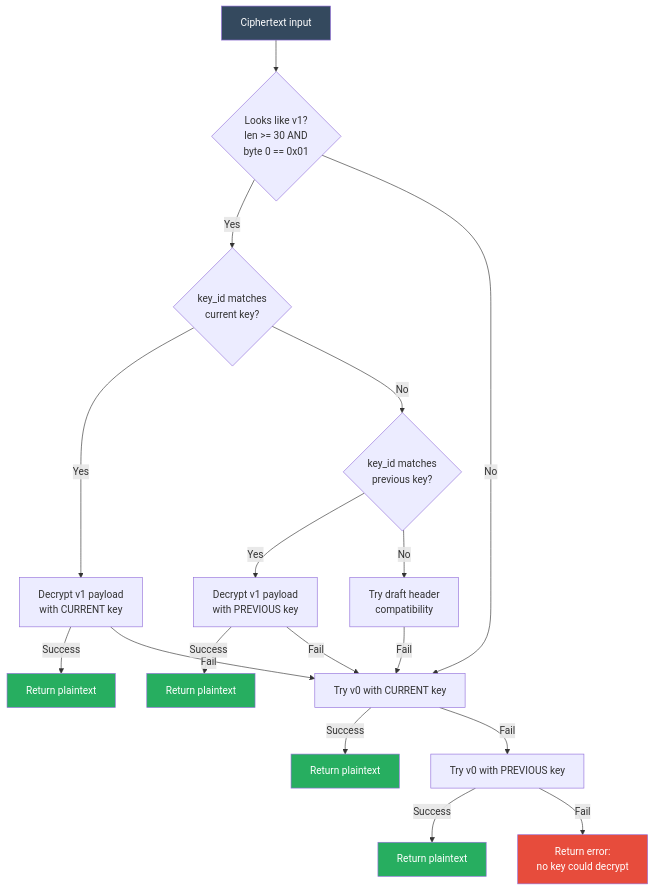
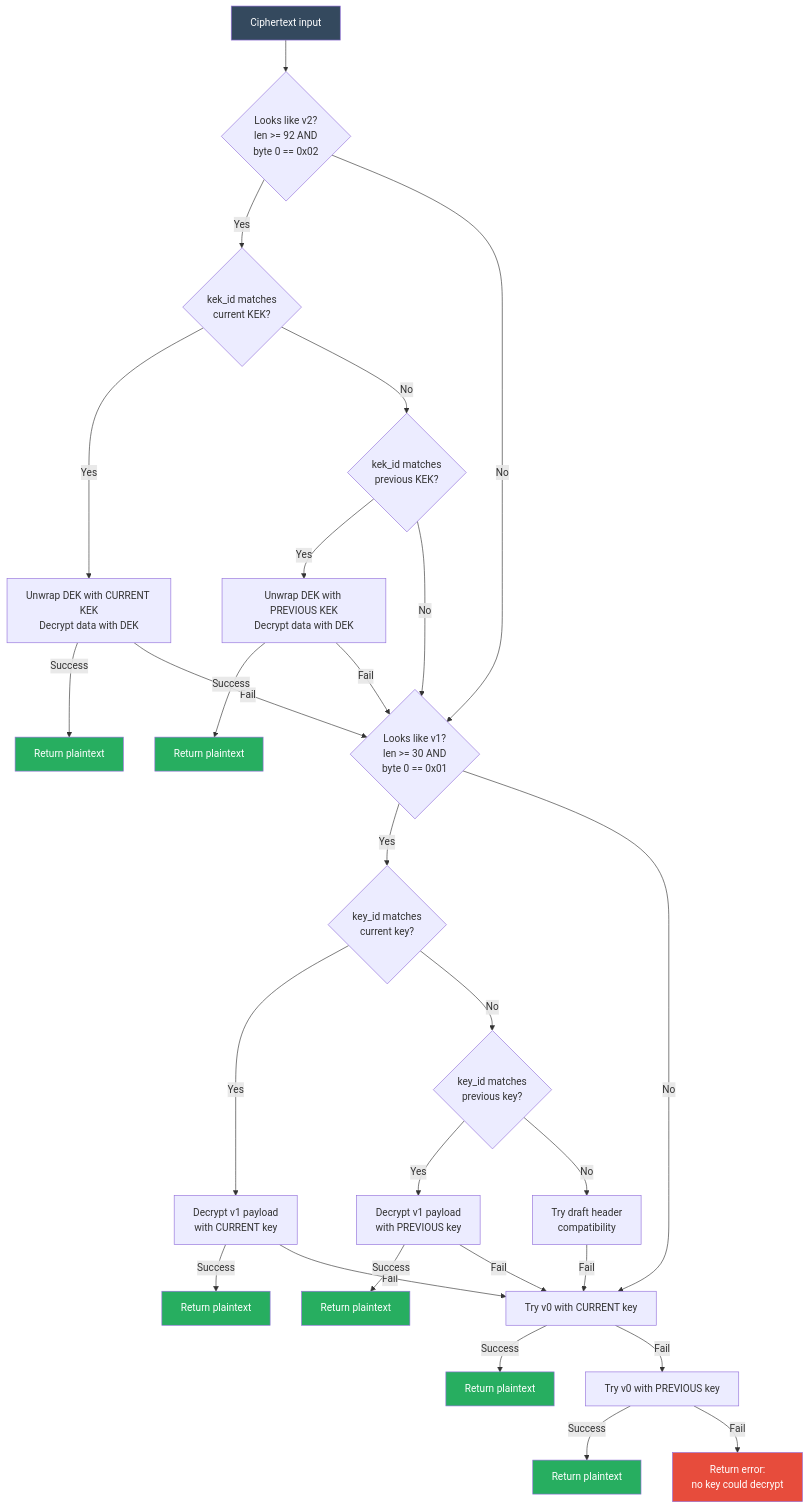
One commit to ChronoAIProject/NyxID changed the second of 29 diagrams in docs/ENCRYPTION_ARCHITECTURE.md. Above: the diagram before and after it, drawn with Mermaid. The commit also changed other lines of this file and 8 other files, not shown here.

````diff
--- a/docs/ENCRYPTION_ARCHITECTURE.md
+++ b/docs/ENCRYPTION_ARCHITECTURE.md
@@ -57,34 +76,51 @@
 ```mermaid
 flowchart TD
-    A[Ciphertext input] --> B{Looks like v1?<br/>len >= 30 AND<br/>byte 0 == 0x01}
+    A[Ciphertext input] --> V2{Looks like v2?<br/>len >= 92 AND<br/>byte 0 == 0x02}
 
-    B -->|Yes| C{key_id matches<br/>current key?}
+    V2 -->|Yes| V2K{kek_id matches<br/>current KEK?}
+    V2 -->|No| B
+
+    V2K -->|Yes| V2D[Unwrap DEK with CURRENT KEK<br/>Decrypt data with DEK]
+    V2K -->|No| V2P{kek_id matches<br/>previous KEK?}
+
+    V2D -->|Success| R0[Return plaintext]
+    V2D -->|Fail| B
+
+    V2P -->|Yes| V2PD[Unwrap DEK with PREVIOUS KEK<br/>Decrypt data with DEK]
+    V2P -->|No| B
+
+    V2PD -->|Success| R0B[Return plaintext]
+    V2PD -->|Fail| B
+
+    B{Looks like v1?<br/>len >= 30 AND<br/>byte 0 == 0x01} -->|Yes| C{key_id matches<br/>current key?}
     B -->|No| G
 
     C -->|Yes| D[Decrypt v1 payload<br/>with CURRENT key]
     C -->|No| E{key_id matches<br/>previous key?}
 
     D -->|Success| R1[Return plaintext]
     D -->|Fail| G
 
     E -->|Yes| F[Decrypt v1 payload<br/>with PREVIOUS key]
     E -->|No| DC[Try draft header<br/>compatibility]
 
     F -->|Success| R2[Return plaintext]
     F -->|Fail| G
 
     DC -->|Fail| G
 
     G[Try v0 with CURRENT key] -->|Success| R3[Return plaintext]
     G -->|Fail| H
 
     H[Try v0 with PREVIOUS key] -->|Success| R4[Return plaintext]
     H -->|Fail| ERR[Return error:<br/>no key could decrypt]
 
     style A fill:#34495e,color:#fff
+    style R0 fill:#27ae60,color:#fff
+    style R0B fill:#27ae60,color:#fff
     style R1 fill:#27ae60,color:#fff
     style R2 fill:#27ae60,color:#fff
     style R3 fill:#27ae60,color:#fff
     style R4 fill:#27ae60,color:#fff
     style ERR fill:#e74c3c,color:#fff
 ```
````
